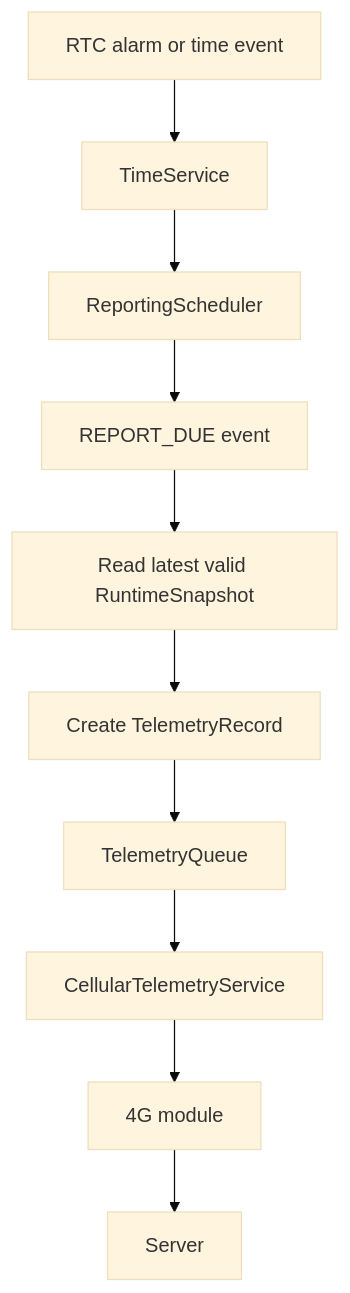
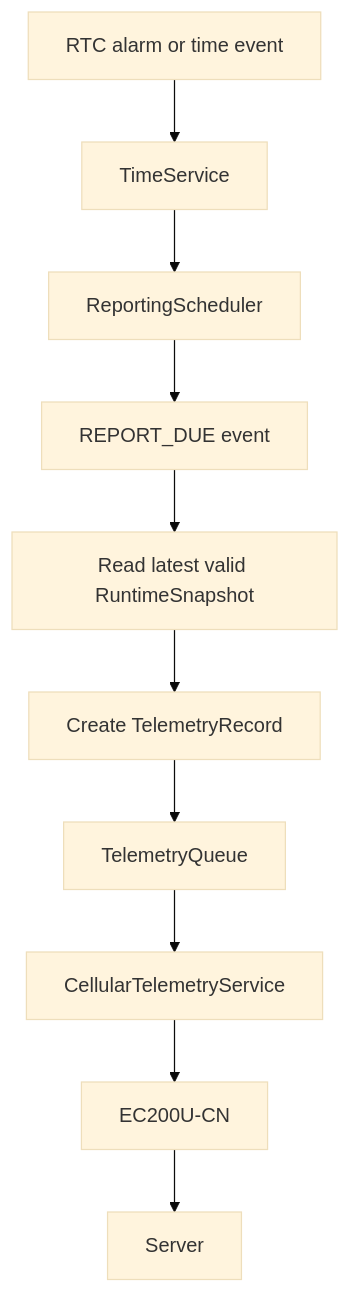
One commit to whoisLePhuc/smart-water-flow-pressure-monitor changed the third of 3 diagrams in 1.docs/00_overview/01_system_overview.md. Above: the diagram before and after it, drawn with Mermaid (base theme). The commit also changed other lines of this file and 14 other files, not shown here.

````diff
--- a/1.docs/00_overview/01_system_overview.md
+++ b/1.docs/00_overview/01_system_overview.md
@@ -345,12 +345,12 @@
 ```mermaid
 flowchart TD
     RTC["RTC alarm or time event"] --> TIME["TimeService"]
     TIME --> SCHED["ReportingScheduler"]
     SCHED --> DUE["REPORT_DUE event"]
     DUE --> SNAP["Read latest valid RuntimeSnapshot"]
     SNAP --> RECORD["Create TelemetryRecord"]
     RECORD --> QUEUE["TelemetryQueue"]
     QUEUE --> CELL["CellularTelemetryService"]
-    CELL --> MODEM["4G module"]
+    CELL --> MODEM["EC200U-CN"]
     MODEM --> SERVER["Server"]
 ```
````
